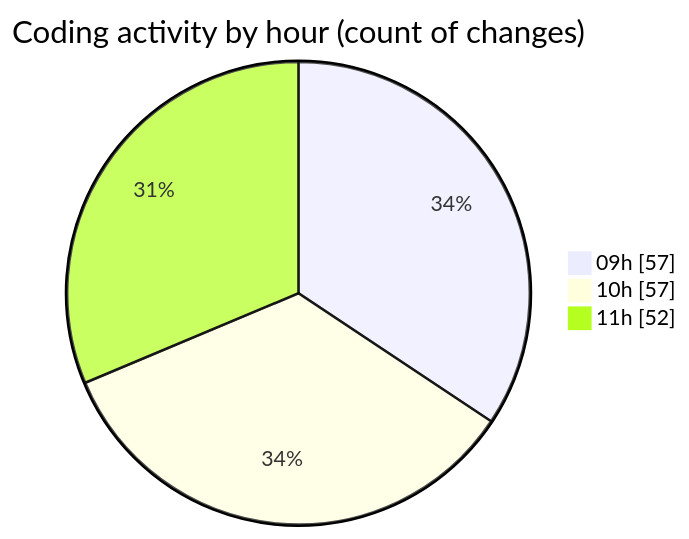
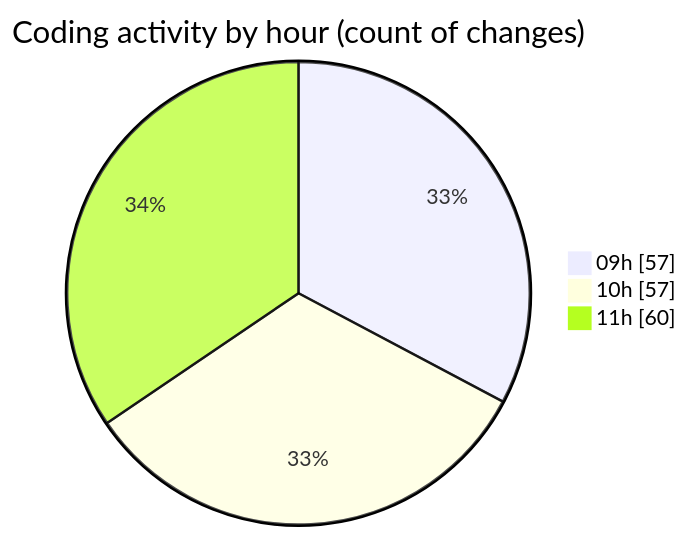
Before and after one commit to momahboobian/code-tracking: the second of 2 diagrams in 2025-09-19/cda/README.md, drawn with Mermaid. The commit also changed other lines of this file and 1 other file, not shown here.

````diff
--- a/2025-09-19/cda/README.md
+++ b/2025-09-19/cda/README.md
@@ -30,7 +30,7 @@
 ```mermaid
 pie showData
 title Coding activity by hour (count of changes)
 "09h" : 57
 "10h" : 57
-"11h" : 52
+"11h" : 60
 ```
````
